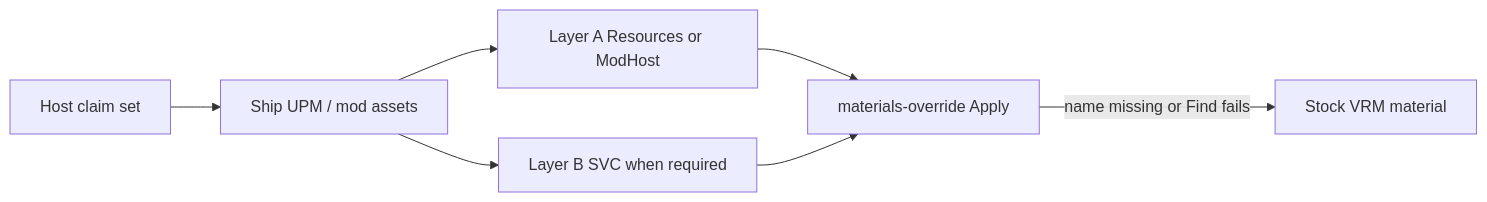
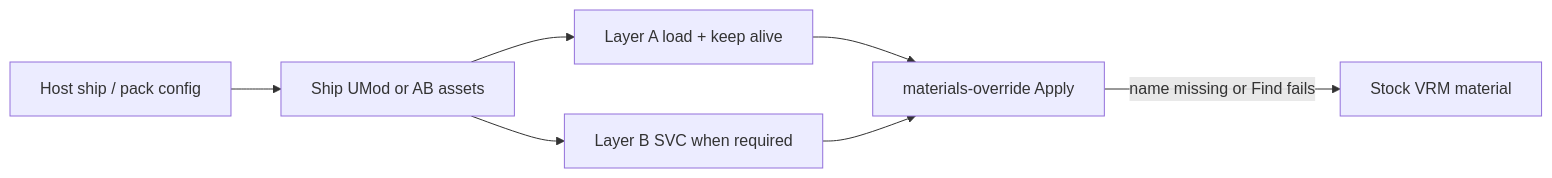
The diagram in implementations/vrmxt-unity-shader-plugins.md (miramocha/Extended-VRM-Specs), drawn with Mermaid before and after one commit. The commit also changed other lines of this file and 9 other files, not shown here.

````diff
--- a/implementations/vrmxt-unity-shader-plugins.md
+++ b/implementations/vrmxt-unity-shader-plugins.md
@@ -160,15 +165,15 @@
 ```mermaid
 flowchart LR
-  claim["Host claim set"]
-  ship["Ship UPM / mod assets"]
-  warmA["Layer A Resources or ModHost"]
+  config["Host ship / pack config"]
+  ship["Ship UMod or AB assets"]
+  warmA["Layer A load + keep alive"]
   warmB["Layer B SVC when required"]
   apply["materials-override Apply"]
   stock["Stock VRM material"]
-  claim --> ship
+  config --> ship
   ship --> warmA
   ship --> warmB
   warmA --> apply
   warmB --> apply
   apply -->|name missing or Find fails| stock
 ```
````
